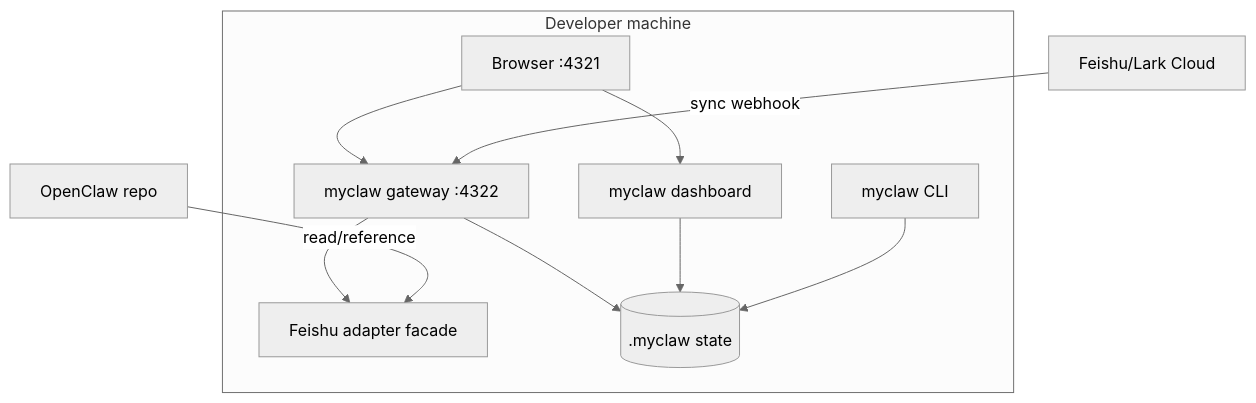
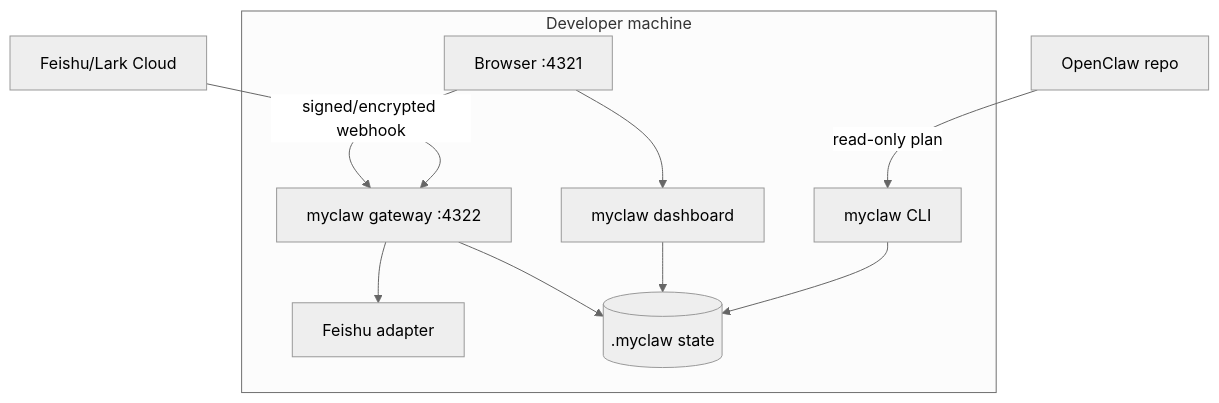
The eighth of 8 diagrams in docs/implementation-architecture.md (mayf3/myclaw), drawn with Mermaid (neutral theme) before and after one commit. The commit also changed other lines of this file and 30 other files, not shown here.

Commit message:
feat: support feishu encrypted challenge

````diff
--- a/docs/implementation-architecture.md
+++ b/docs/implementation-architecture.md
@@ -277,13 +256,13 @@
 ```mermaid
 flowchart TB
   subgraph Localhost[Developer machine]
     Browser[Browser :4321] --> Dashboard[myclaw dashboard]
     Browser --> Gateway[myclaw gateway :4322]
-    Gateway --> Adapter[Feishu adapter facade]
+    Gateway --> Adapter[Feishu adapter]
     Gateway --> State[(.myclaw state)]
     Dashboard --> State
     CLI[myclaw CLI] --> State
   end
-  Feishu[Feishu/Lark Cloud] -->|sync webhook| Gateway
-  OpenClawRepo[OpenClaw repo] -->|read/reference| Adapter
+  Feishu[Feishu/Lark Cloud] -->|signed/encrypted webhook| Gateway
+  OpenClawRepo[OpenClaw repo] -->|read-only plan| CLI
 ```
````
